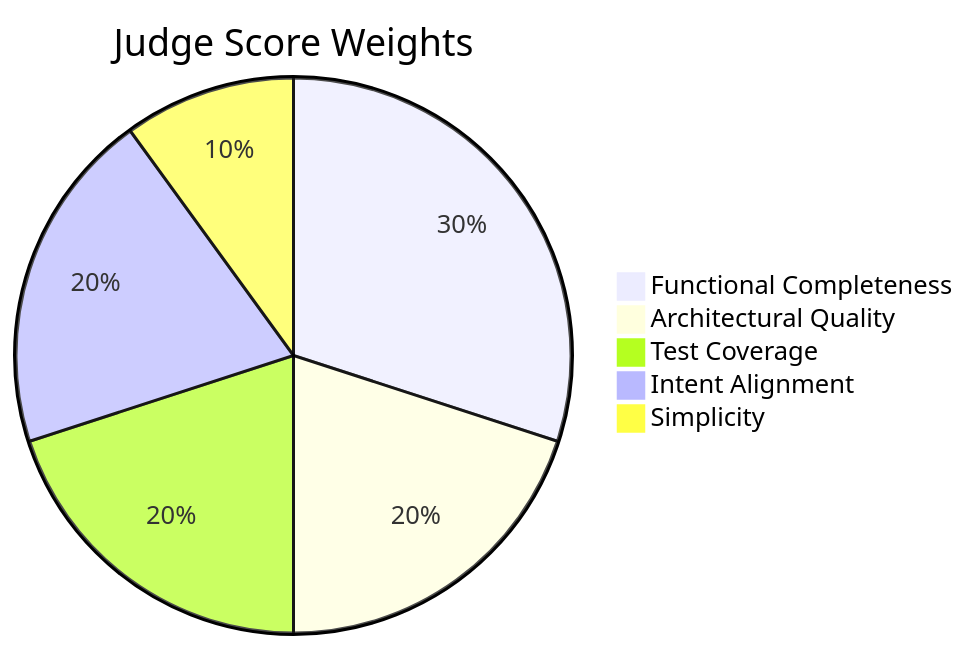
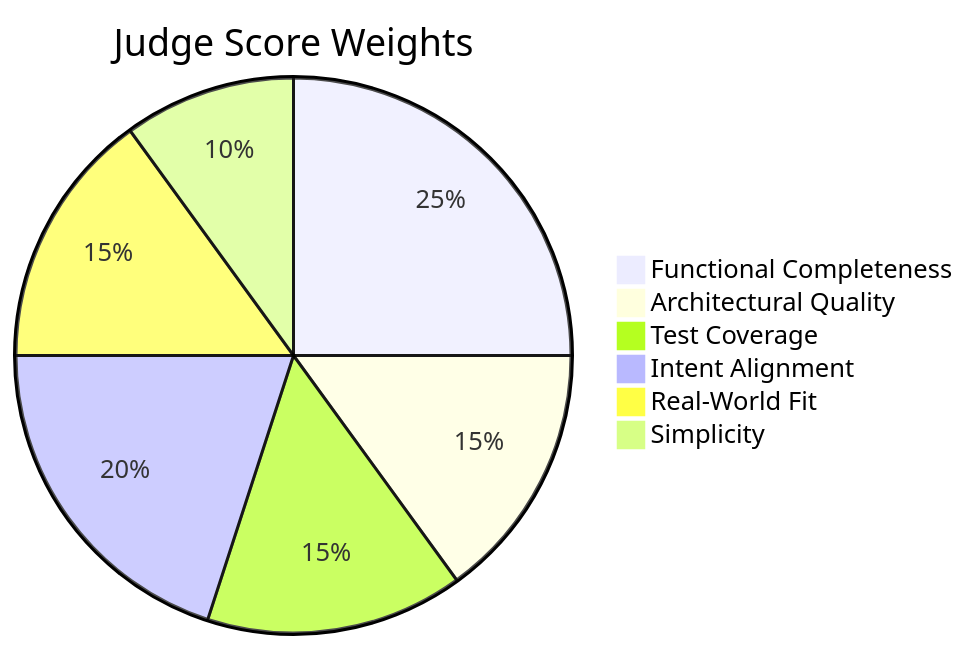
Before and after one commit to edward-sia/cto: the sixth of 6 diagrams in docs/architecture.md, drawn with Mermaid. The commit also changed other lines of this file and 5 other files, not shown here.

````diff
--- a/docs/architecture.md
+++ b/docs/architecture.md
@@ -191,8 +214,9 @@
 ```mermaid
 pie title Judge Score Weights
-    "Functional Completeness" : 30
-    "Architectural Quality" : 20
-    "Test Coverage" : 20
+    "Functional Completeness" : 25
+    "Architectural Quality" : 15
+    "Test Coverage" : 15
     "Intent Alignment" : 20
+    "Real-World Fit" : 15
     "Simplicity" : 10
 ```
````
